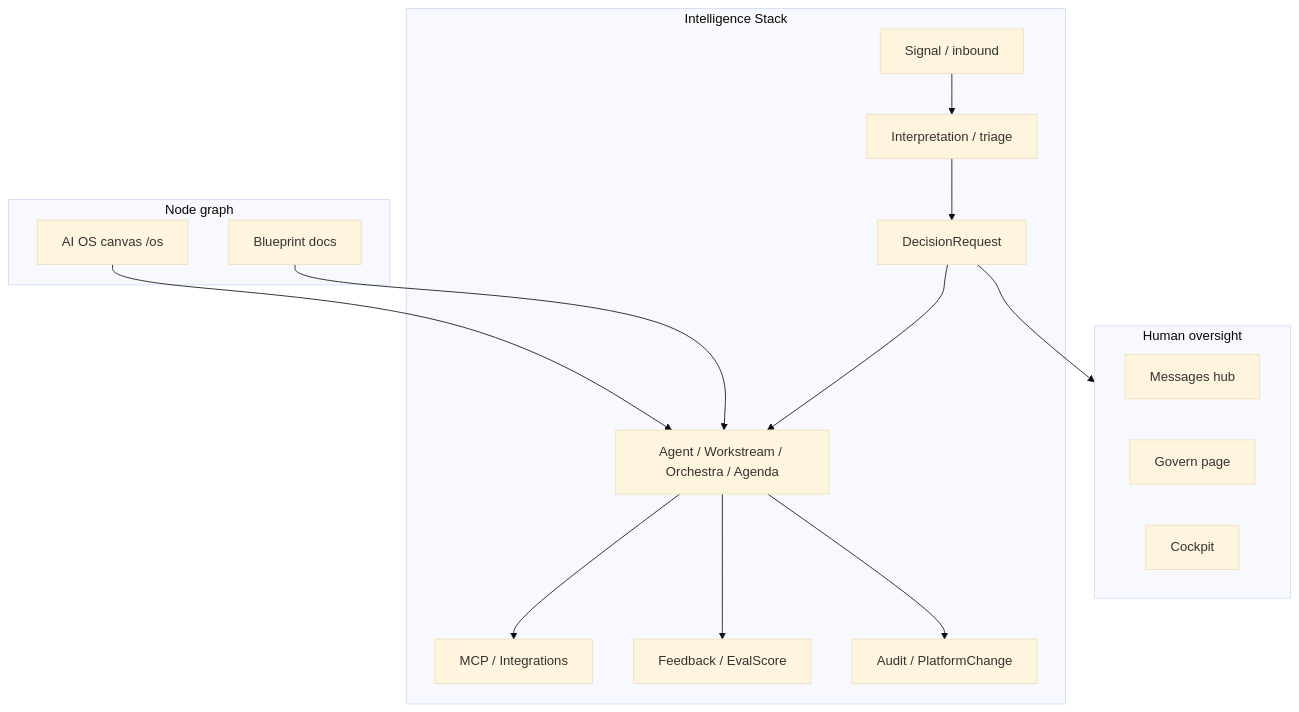
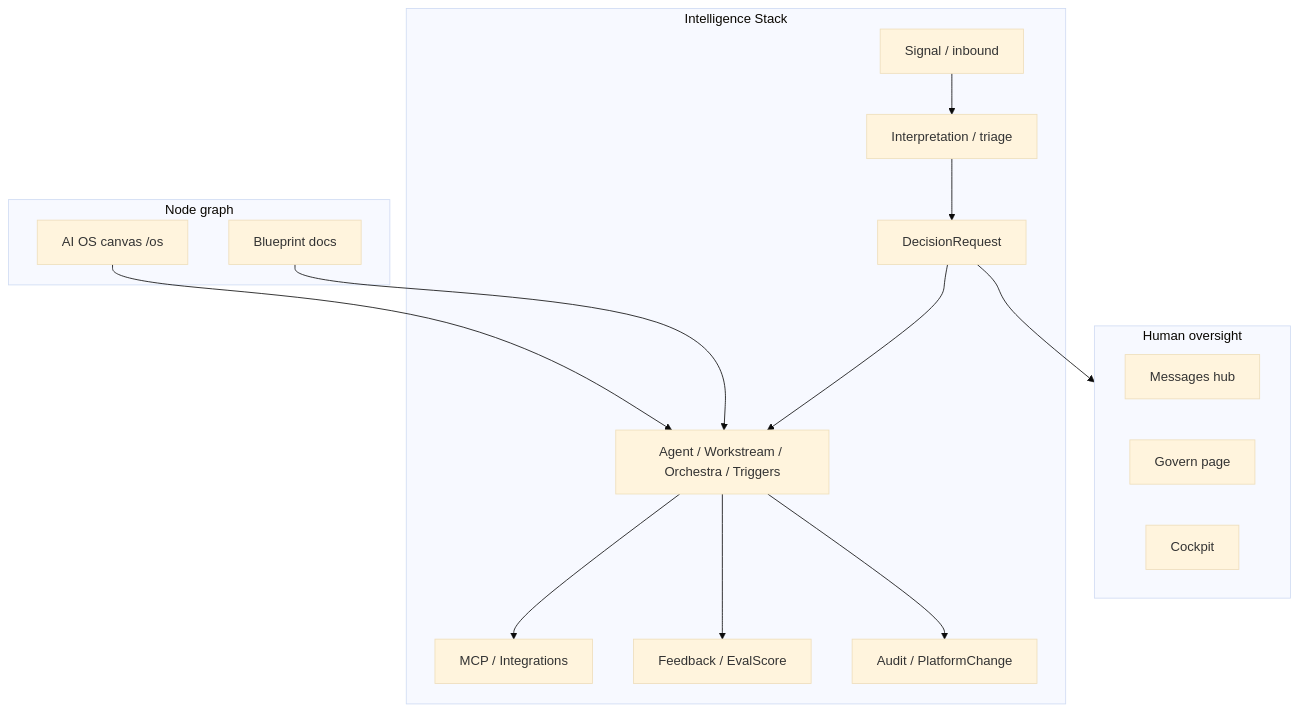
Before and after one commit to LorenzoBoers/BokitoAiV2: the diagram in docs/CORE_INTENT.md, drawn with Mermaid (base theme). The commit also changed 419 other files, not shown here.

````diff
--- a/docs/CORE_INTENT.md
+++ b/docs/CORE_INTENT.md
@@ -27,28 +27,28 @@
 ```mermaid
 flowchart TB
   subgraph human [Human oversight]
     Messages[Messages hub]
     Govern[Govern page]
     Cockpit[Cockpit]
   end
   subgraph stack [Intelligence Stack]
     Sensing[Signal / inbound]
     Interpret[Interpretation / triage]
     Decide[DecisionRequest]
-    Orchestrate[Agent / Workstream / Orchestra / Agenda]
+    Orchestrate[Agent / Workstream / Orchestra / Triggers]
     Integrate[MCP / Integrations]
     Learn[Feedback / EvalScore]
     Assure[Audit / PlatformChange]
   end
   subgraph graph [Node graph]
     Canvas[AI OS canvas /os]
     Blueprint[Blueprint docs]
   end
   Sensing --> Interpret --> Decide --> Orchestrate
   Orchestrate --> Integrate
   Orchestrate --> Learn
   Decide --> human
   Orchestrate --> Assure
   Canvas --> Orchestrate
   Blueprint --> Orchestrate
 ```
````
